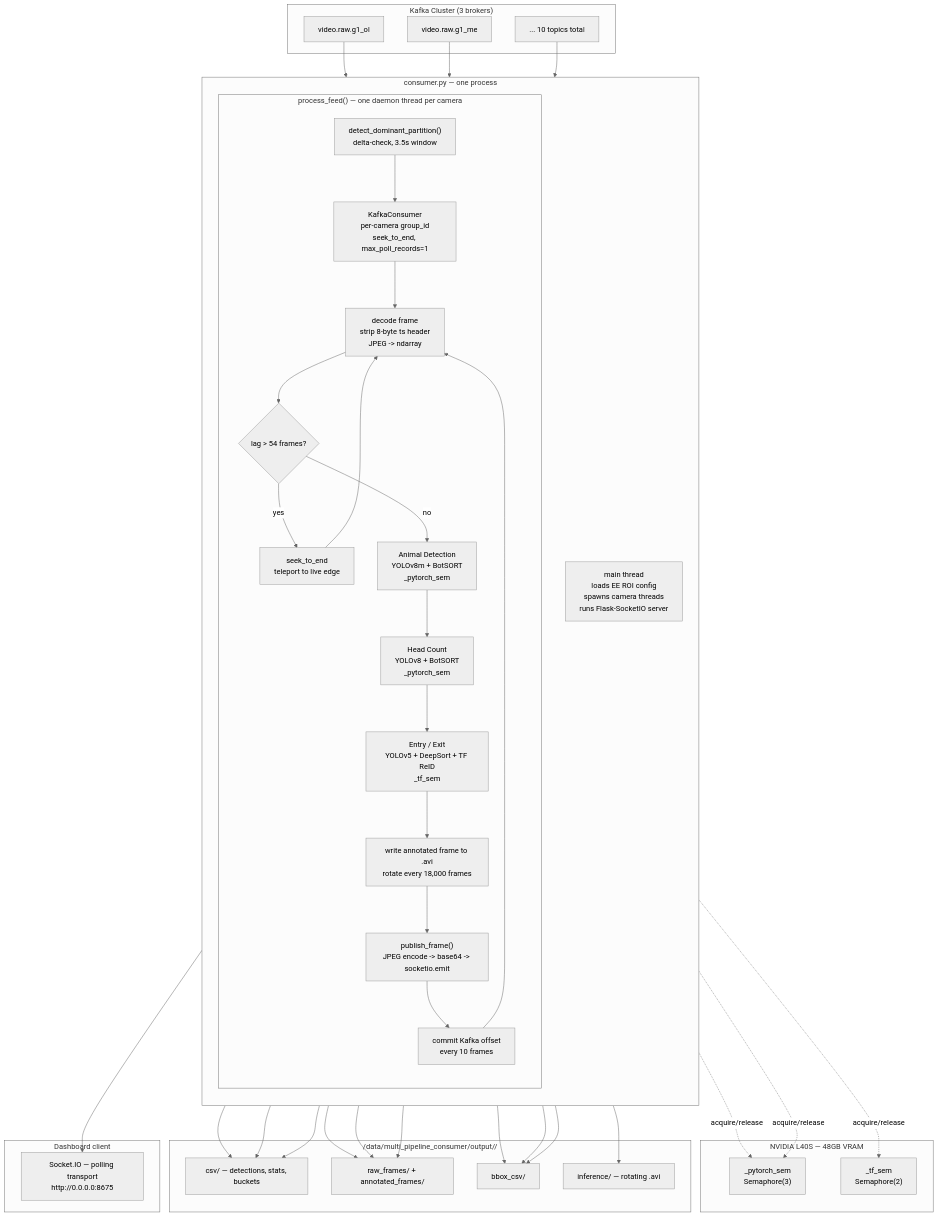
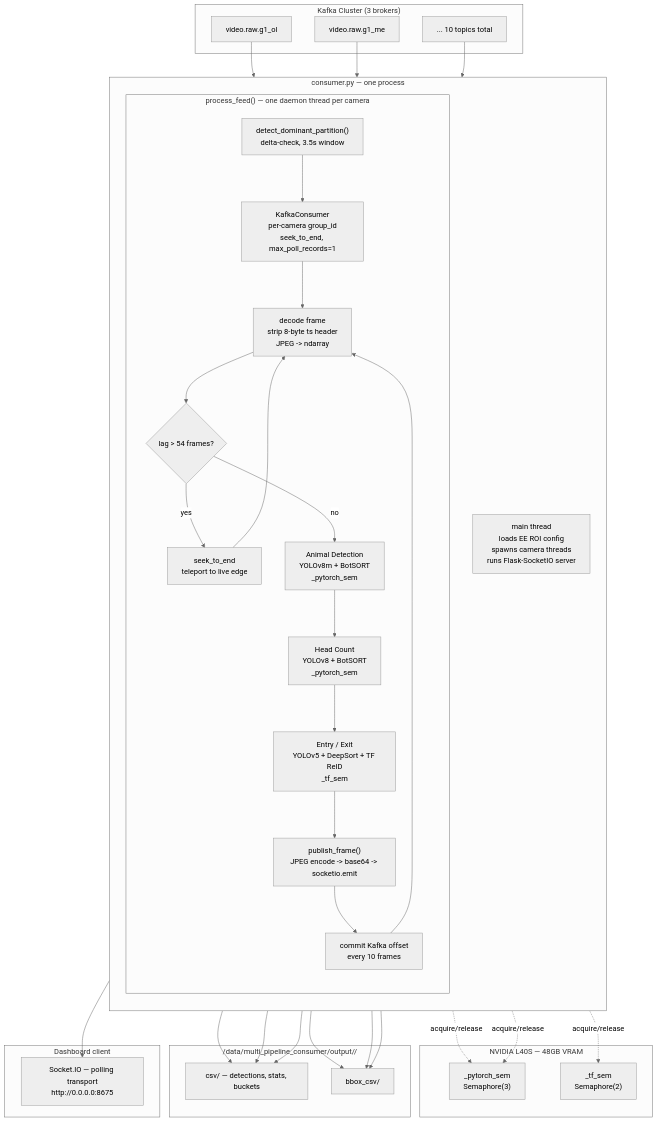
One commit to singhtejpreet2004/multi_pipeline_consumer changed the first of 2 diagrams in consumers/README.md. Above: the diagram before and after it, drawn with Mermaid (neutral theme). The commit also changed other lines of this file and 5 other files, not shown here.

````diff
--- a/consumers/README.md
+++ b/consumers/README.md
@@ -29,56 +30,52 @@
 ```mermaid
 flowchart TD
     subgraph Kafka["Kafka Cluster (3 brokers)"]
         T1["video.raw.g1_ol"]
         T2["video.raw.g1_me"]
         TN["... 10 topics total"]
     end
 
     subgraph Consumer["consumer.py — one process"]
         direction TB
         M["main thread\nloads EE ROI config\nspawns camera threads\nruns Flask-SocketIO server"]
         subgraph CamThread["process_feed() — one daemon thread per camera"]
             direction TB
             DP["detect_dominant_partition()\ndelta-check, 3.5s window"]
             KC["KafkaConsumer\nper-camera group_id\nseek_to_end, max_poll_records=1"]
             DEC["decode frame\nstrip 8-byte ts header\nJPEG -> ndarray"]
             LAG{"lag > 54 frames?"}
             TP["seek_to_end\nteleport to live edge"]
             AN["Animal Detection\nYOLOv8m + BotSORT\n_pytorch_sem"]
             HC["Head Count\nYOLOv8 + BotSORT\n_pytorch_sem"]
             EE["Entry / Exit\nYOLOv5 + DeepSort + TF ReID\n_tf_sem"]
-            AVI["write annotated frame to .avi\nrotate every 18,000 frames"]
             PUB["publish_frame()\nJPEG encode -> base64 -> socketio.emit"]
             COMMIT["commit Kafka offset\nevery 10 frames"]
         end
         DP --> KC --> DEC --> LAG
         LAG -- yes --> TP --> DEC
-        LAG -- no --> AN --> HC --> EE --> AVI --> PUB --> COMMIT --> DEC
+        LAG -- no --> AN --> HC --> EE --> PUB --> COMMIT --> DEC
     end
 
     subgraph GPU["NVIDIA L40S — 48GB VRAM"]
         SEM1["_pytorch_sem\nSemaphore(3)"]
         SEM2["_tf_sem\nSemaphore(2)"]
     end
 
     subgraph Disk["/data/multi_pipeline_consumer/output/<camera>/"]
         CSV["csv/ — detections, stats, buckets"]
-        RAW["raw_frames/ + annotated_frames/"]
         BBOX["bbox_csv/"]
-        VID["inference/ — rotating .avi"]
     end
 
     subgraph Browser["Dashboard client"]
         WS["Socket.IO — polling transport\nhttp://0.0.0.0:8675"]
     end
 
     T1 & T2 & TN --> KC
     AN -.acquire/release.-> SEM1
     HC -.acquire/release.-> SEM1
     EE -.acquire/release.-> SEM2
-    AN --> CSV & RAW & BBOX
-    HC --> CSV & RAW & BBOX
-    EE --> CSV & RAW & BBOX
-    AVI --> VID
+    AN --> CSV & BBOX
+    HC --> CSV & BBOX
+    EE --> CSV & BBOX
     PUB --> WS
 ```
````
